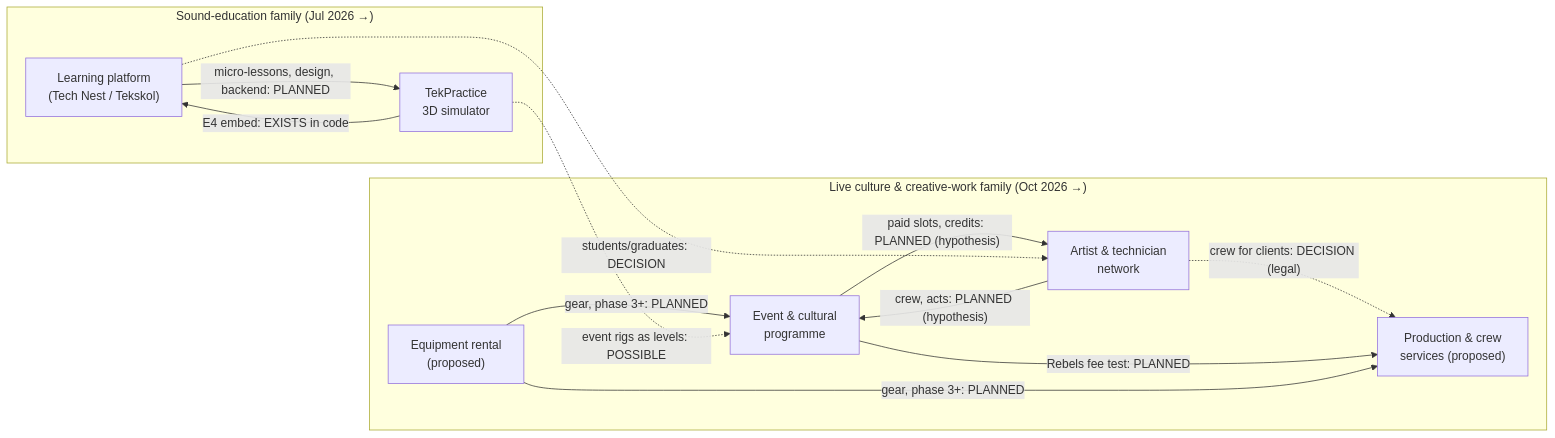
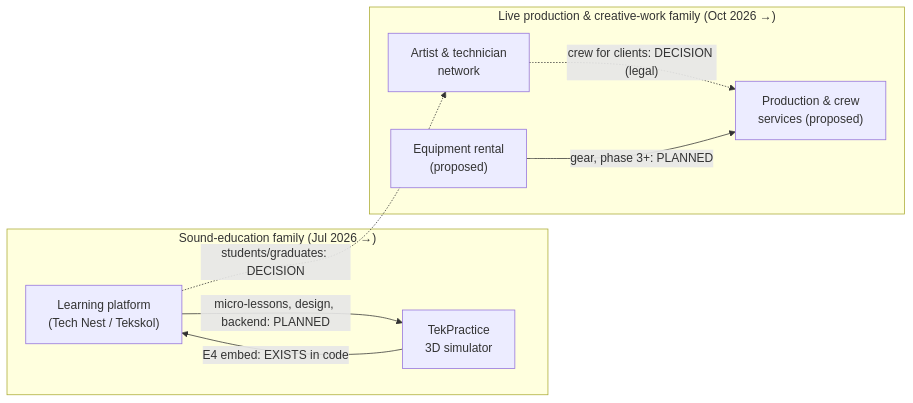
Before and after one commit to Braco3326/Tekonest: the diagram in brand/02-service-map.md, drawn with Mermaid. The commit also changed other lines of this file and 16 other files, not shown here.

Commit message:
brand: edit event/cultural-mix out of the umbrella docs, add D-08/FB-12, point links to projects/rebels-x-tekonest

````diff
--- a/brand/02-service-map.md
+++ b/brand/02-service-map.md
@@ -14,23 +14,17 @@
 ```mermaid
 flowchart LR
   subgraph EDU["Sound-education family (Jul 2026 →)"]
     LP["Learning platform<br/>(Tech Nest / Tekskol)"]
     TP["TekPractice<br/>3D simulator"]
   end
-  subgraph LIVE["Live culture & creative-work family (Oct 2026 →)"]
-    EV["Event & cultural<br/>programme"]
+  subgraph LIVE["Live production & creative-work family (Oct 2026 →)"]
     NW["Artist & technician<br/>network"]
     PS["Production & crew<br/>services (proposed)"]
     ER["Equipment rental<br/>(proposed)"]
   end
   TP -- "E4 embed: EXISTS in code" --> LP
   LP -- "micro-lessons, design, backend: PLANNED" --> TP
-  EV -- "paid slots, credits: PLANNED (hypothesis)" --> NW
-  NW -- "crew, acts: PLANNED (hypothesis)" --> EV
   NW -. "crew for clients: DECISION (legal)" .-> PS
-  EV -- "Rebels fee test: PLANNED" --> PS
-  ER -- "gear, phase 3+: PLANNED" --> EV
   ER -- "gear, phase 3+: PLANNED" --> PS
   LP -. "students/graduates: DECISION" .-> NW
-  TP -. "event rigs as levels: POSSIBLE" .-> EV
 ```
````
